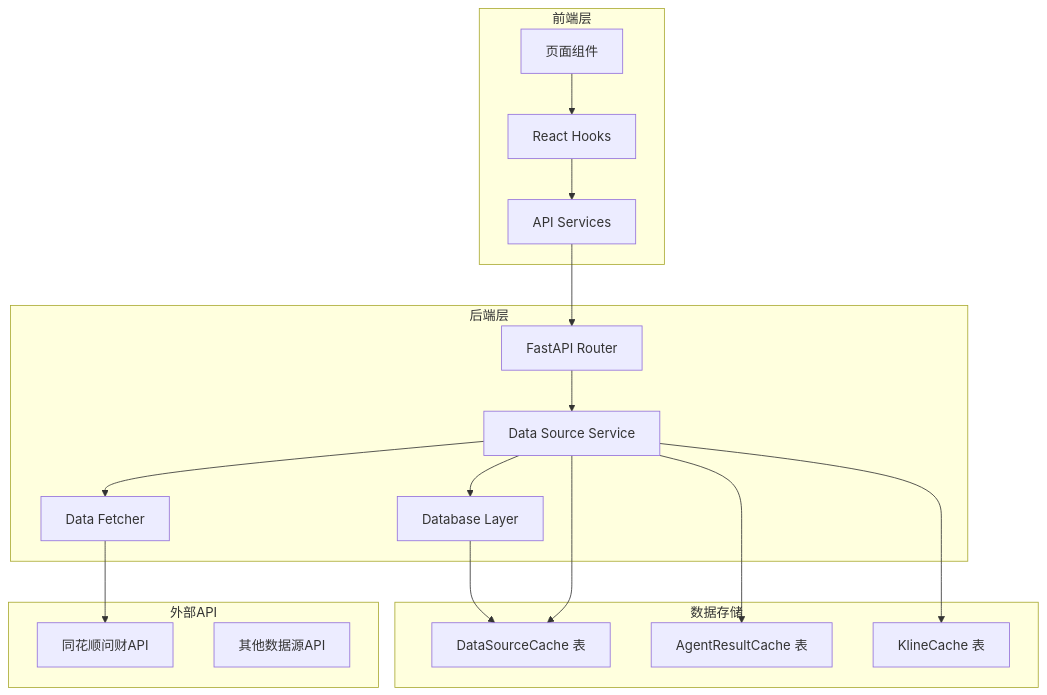
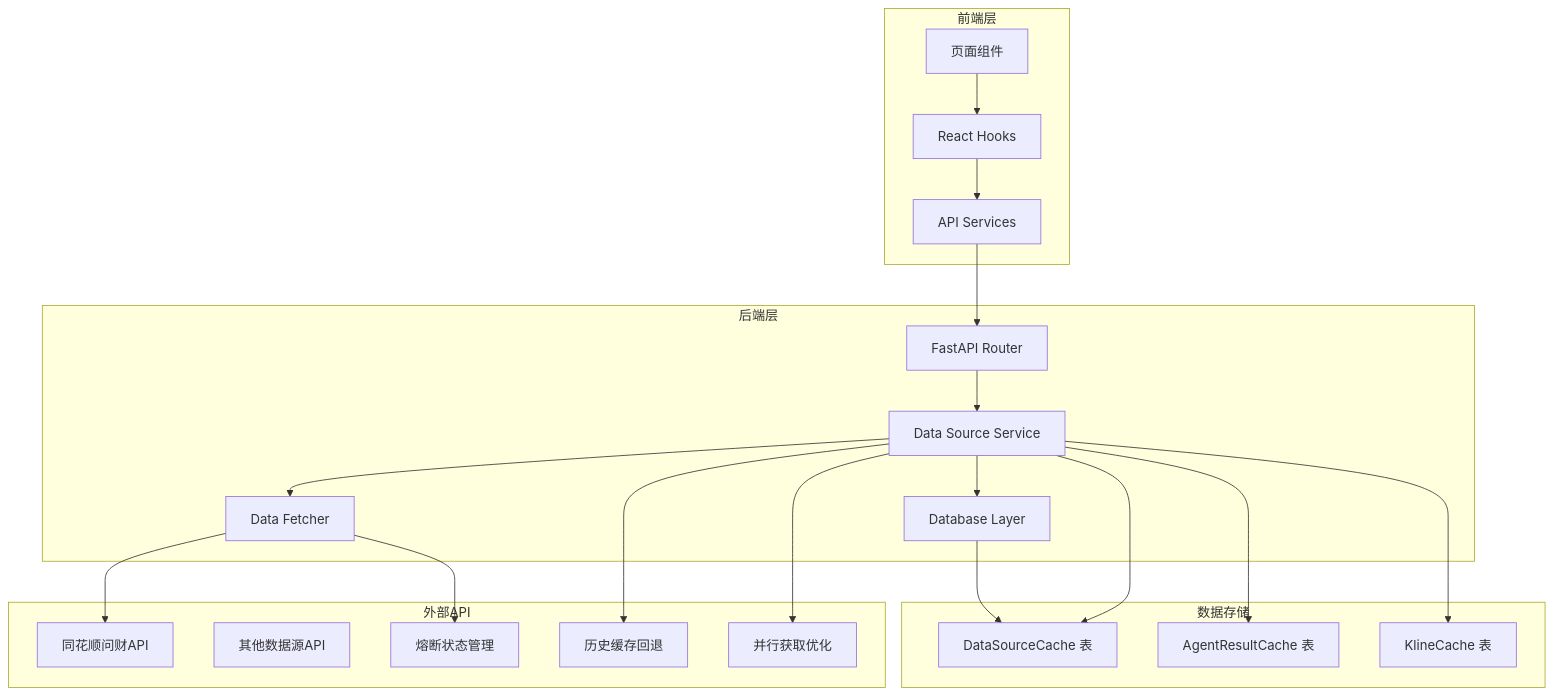
One commit to Moruime/stock_foker changed the second of 12 diagrams in .qoder/repowiki/zh/content/数据源服务增强.md. Above: the diagram before and after it, drawn with Mermaid. The commit also changed other lines of this file and 22 other files, not shown here.

````diff
--- a/.qoder/repowiki/zh/content/数据源服务增强.md
+++ b/.qoder/repowiki/zh/content/数据源服务增强.md
@@ -126,34 +153,40 @@
 ```mermaid
 graph TD
 subgraph "前端层"
 A[React Hooks]
 B[API Services]
 C[页面组件]
 end
 subgraph "后端层"
 D[FastAPI Router]
 E[Data Source Service]
 F[Data Fetcher]
 G[Database Layer]
 end
 subgraph "数据存储"
 H[DataSourceCache 表]
 I[AgentResultCache 表]
 J[KlineCache 表]
 end
 subgraph "外部API"
 K[同花顺问财API]
 L[其他数据源API]
+M[熔断状态管理]
+N[历史缓存回退]
+O[并行获取优化]
 end
 A --> B
 B --> D
 D --> E
 E --> F
 E --> G
 F --> K
+F --> M
+E --> N
+E --> O
 G --> H
 C --> A
 E --> H
 E --> I
 E --> J
 ```
````
